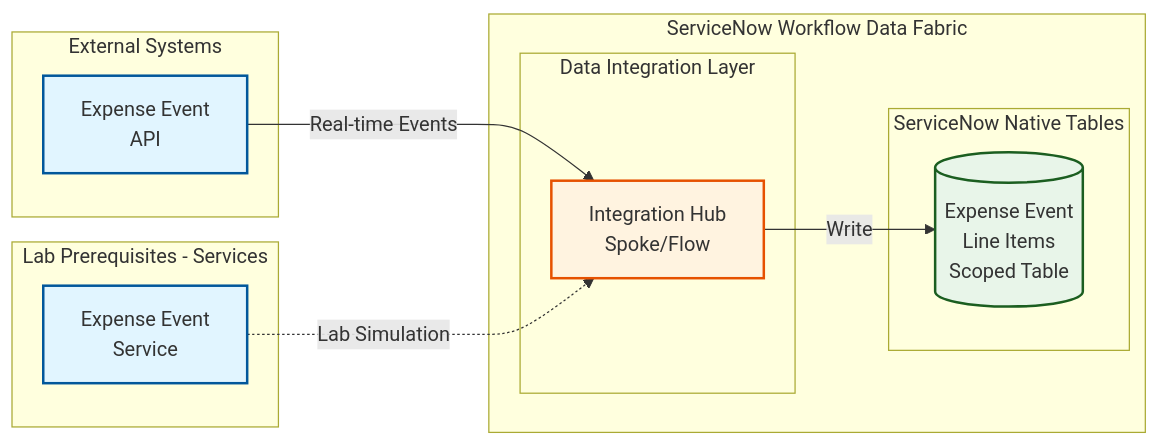
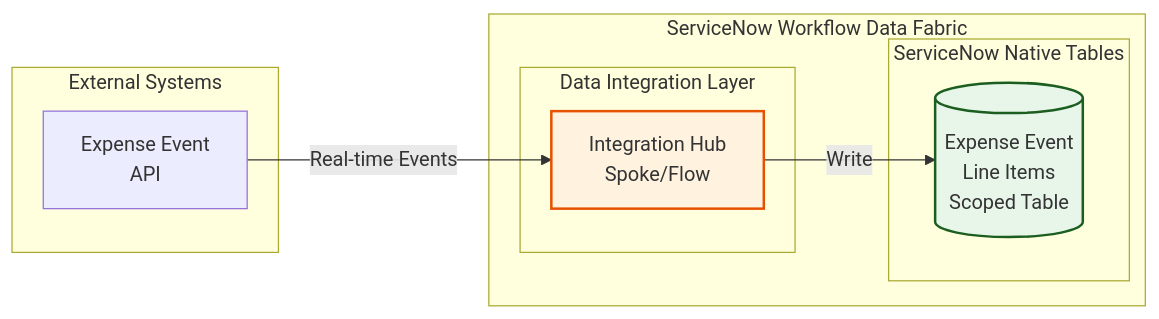
Before and after one commit to leojacinto/WorkflowDataFabric-TypeA: the diagram in 1_Fundamentals.md, drawn with Mermaid. The commit also changed other lines of this file, not shown here.

````diff
--- a/1_Fundamentals.md
+++ b/1_Fundamentals.md
@@ -7,35 +7,29 @@
 ```mermaid
 graph LR
     subgraph "ServiceNow Workflow Data Fabric"
         subgraph "Data Integration Layer"
             IntHub[Integration Hub<br/>Spoke/Flow]
         end
 
         subgraph "ServiceNow Native Tables"
             ExpenseTable[(Expense Event<br/>Line Items<br/>Scoped Table)]
         end
     end
 
     subgraph "External Systems"
         ExpenseAPI[Expense Event<br/>API]
     end
 
-    subgraph "Lab Prerequisites - Services"
-        MockExpense[Expense Event<br/>Service]
-    end
-
     %% Data Flow Connections
     ExpenseAPI -->|Real-time Events| IntHub
-    MockExpense -.->|Lab Simulation| IntHub
     IntHub -->|Write| ExpenseTable
 
     %% Styling
     classDef external fill:#e1f5ff,stroke:#01579b,stroke-width:2px
     classDef integration fill:#fff3e0,stroke:#e65100,stroke-width:2px
     classDef native fill:#e8f5e9,stroke:#1b5e20,stroke-width:2px
 
-    class ExpenseAPI external
     class IntHub integration
     class ExpenseTable native
     class MockExpense external
 ```
````
